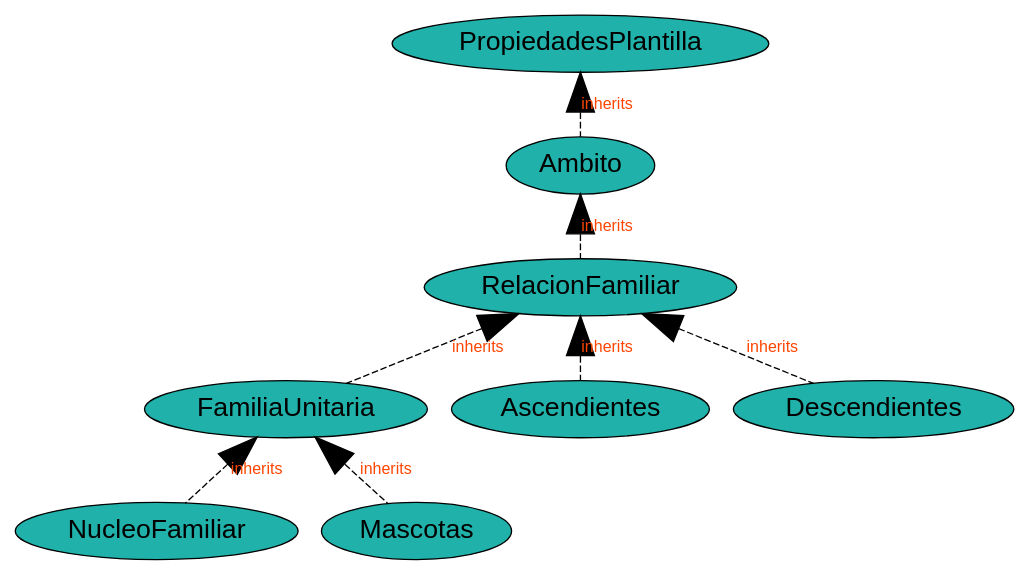
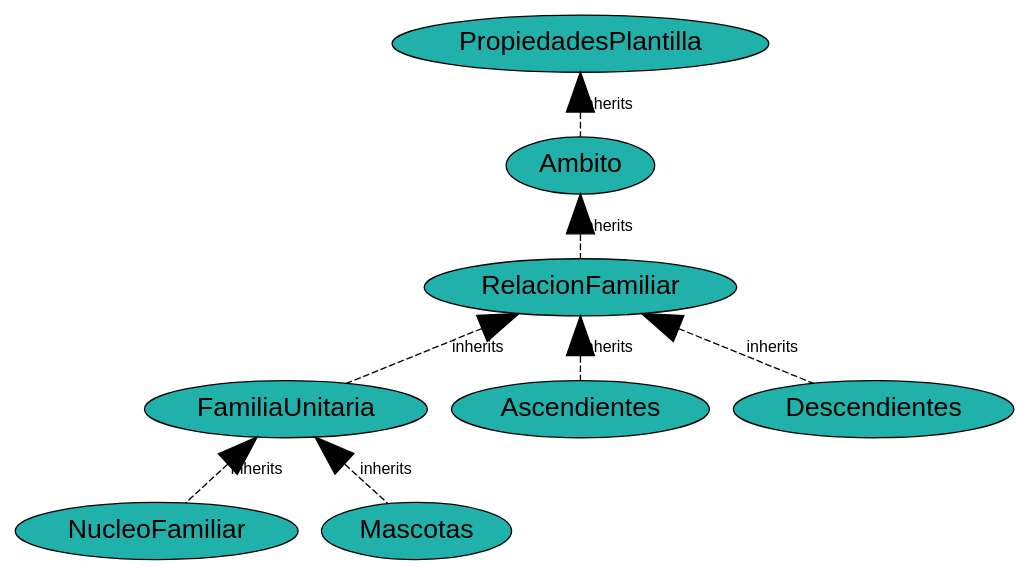
The diagram in Output/csv_dot2_properties.dot (JuanCasado/Lenguajes), drawn with Graphviz before and after one commit. The commit also changed 17 other files, not shown here.

```diff
--- a/Output/csv_dot2_properties.dot
+++ b/Output/csv_dot2_properties.dot
@@ -1,51 +1,51 @@
 graph properties{
 	//Defecto
 	node [fontname="Arial"];
 	edge [fontname="Arial",fontsize=12];
 
 	//PROPERTIES
 	  node [shape="record",style="filled",fillcolor="lightgoldenrodyellow",fontsize="10"]
 	
 
 	//CLASES
 	node [shape="ellipse",style="filled",fillcolor="lightseagreen",fontsize="20"]	
 	
 	class_FamiliaUnitaria [label="FamiliaUnitaria"];
 	class_NucleoFamiliar [label="NucleoFamiliar"];
 	class_Ascendientes [label="Ascendientes"];
 	class_Descendientes [label="Descendientes"];
 	class_PropiedadesPlantilla [label="PropiedadesPlantilla"];
 	class_RelacionFamiliar [label="RelacionFamiliar"];
 	class_Mascotas [label="Mascotas"];
 	class_Ambito [label="Ambito"];
 
 	//RELACIONES
 	node [shape="hexagon",style="filled",fillcolor="paleturquoise",fontsize="15"]	
 	
 
 	//CLASE -- PROPIEDAD
 
 edge[style="dashed",len="3",color="grey"]	
 
 	//RELACION -- PROPIEDAD
 	
 
 	// uso indirecto de definiciÃ³n de tipos
 	edge[style="dotted",arrowhead="vee",dir="forward",arrowsize="2"];
 
 	// asociaciones a travÃ©s de atributos marcadas de forma directa
 	edge[fontcolor="orangered", color="orangered", style="dashed", arrowhead="vee",dir="forward",arrowsize="2"];
 
 	// herencias
-	edge[len="5",color="black",arrowhead="normal",arrowsize="3",dir="back",]	class_PropiedadesPlantilla -- class_Ambito [label="inherits"];
+	edge[len="5"fontcolor="black",color="black",arrowhead="normal",arrowsize="3",dir="back",]	class_PropiedadesPlantilla -- class_Ambito [label="inherits"];
 	class_Ambito -- class_RelacionFamiliar [label="inherits"];
 	class_RelacionFamiliar -- class_FamiliaUnitaria [label="inherits"];
 	class_FamiliaUnitaria -- class_NucleoFamiliar [label="inherits"];
 	class_RelacionFamiliar -- class_Ascendientes [label="inherits"];
 	class_RelacionFamiliar -- class_Descendientes [label="inherits"];
 	class_FamiliaUnitaria -- class_Mascotas [label="inherits"];
 
 	// enlaces de relaciones
 	edge[len="2",penwidth="3",color="blue",fontcolor="blue",dir="forward",arrowhead="normal"]
 
 }
```
